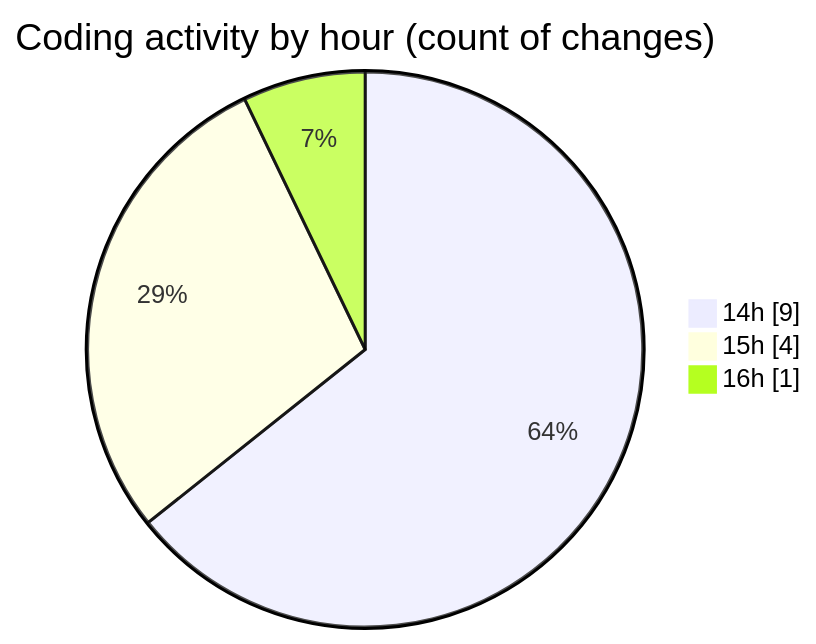
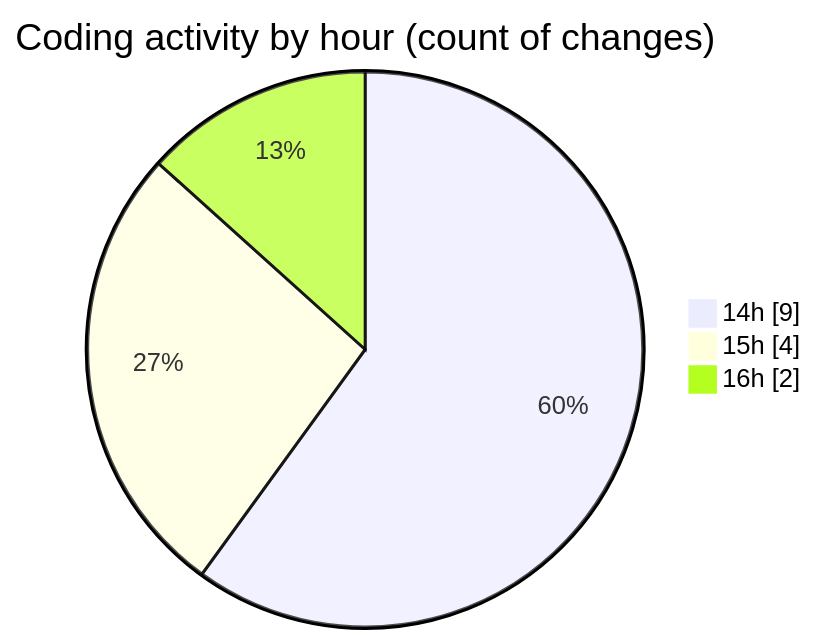
One commit to JenPaints/code-tracking changed the second of 2 diagrams in 2025-05-28/kimberly-groups/README.md. Above: the diagram before and after it, drawn with Mermaid. The commit also changed other lines of this file and 1 other file, not shown here.

````diff
--- a/2025-05-28/kimberly-groups/README.md
+++ b/2025-05-28/kimberly-groups/README.md
@@ -32,7 +33,7 @@
 ```mermaid
 pie showData
 title Coding activity by hour (count of changes)
 "14h" : 9
 "15h" : 4
-"16h" : 1
+"16h" : 2
 ```
````
